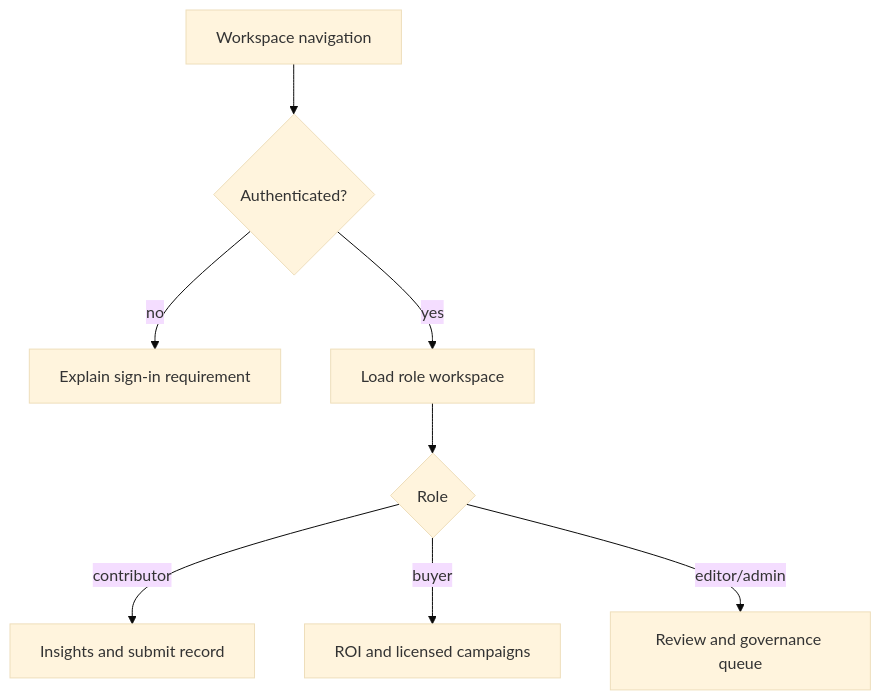
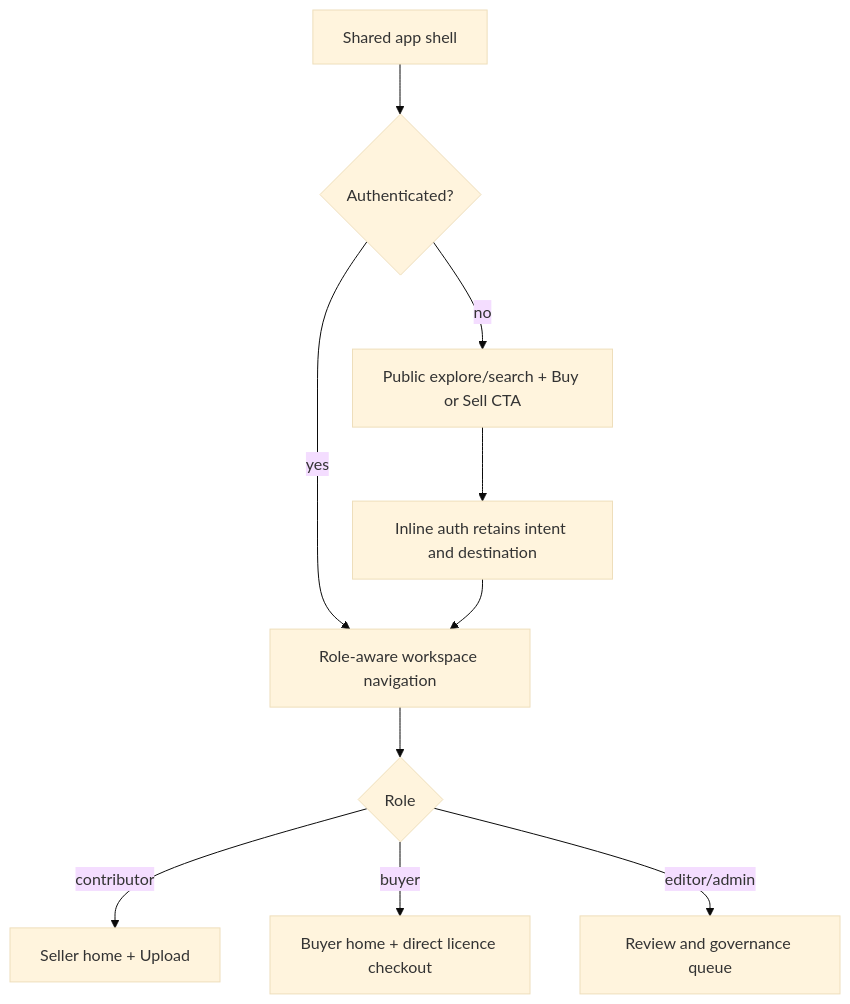
One commit to MutatioStrategic/WeDoCMS changed the second of 5 diagrams in docs/ux-process-flows.md. Above: the diagram before and after it, drawn with Mermaid (base theme). The commit also changed other lines of this file and 18 other files, not shown here.

Commit message:
Fix automatic buyer asset purchasing flow

````diff
--- a/docs/ux-process-flows.md
+++ b/docs/ux-process-flows.md
@@ -29,10 +45,12 @@
 ```mermaid
 flowchart TD
-  A[Workspace navigation] --> B{Authenticated?}
-  B -->|no| C[Explain sign-in requirement]
-  B -->|yes| D[Load role workspace]
-  D --> E{Role}
-  E -->|contributor| F[Insights and submit record]
-  E -->|buyer| G[ROI and licensed campaigns]
-  E -->|editor/admin| H[Review and governance queue]
+  A[Shared app shell] --> B{Authenticated?}
+  B -->|no| C[Public explore/search + Buy or Sell CTA]
+  C --> D[Inline auth retains intent and destination]
+  B -->|yes| E[Role-aware workspace navigation]
+  D --> E
+  E --> F{Role}
+  F -->|contributor| G[Seller home + Upload]
+  F -->|buyer| H[Buyer home + direct licence checkout]
+  F -->|editor/admin| I[Review and governance queue]
 ```
````
